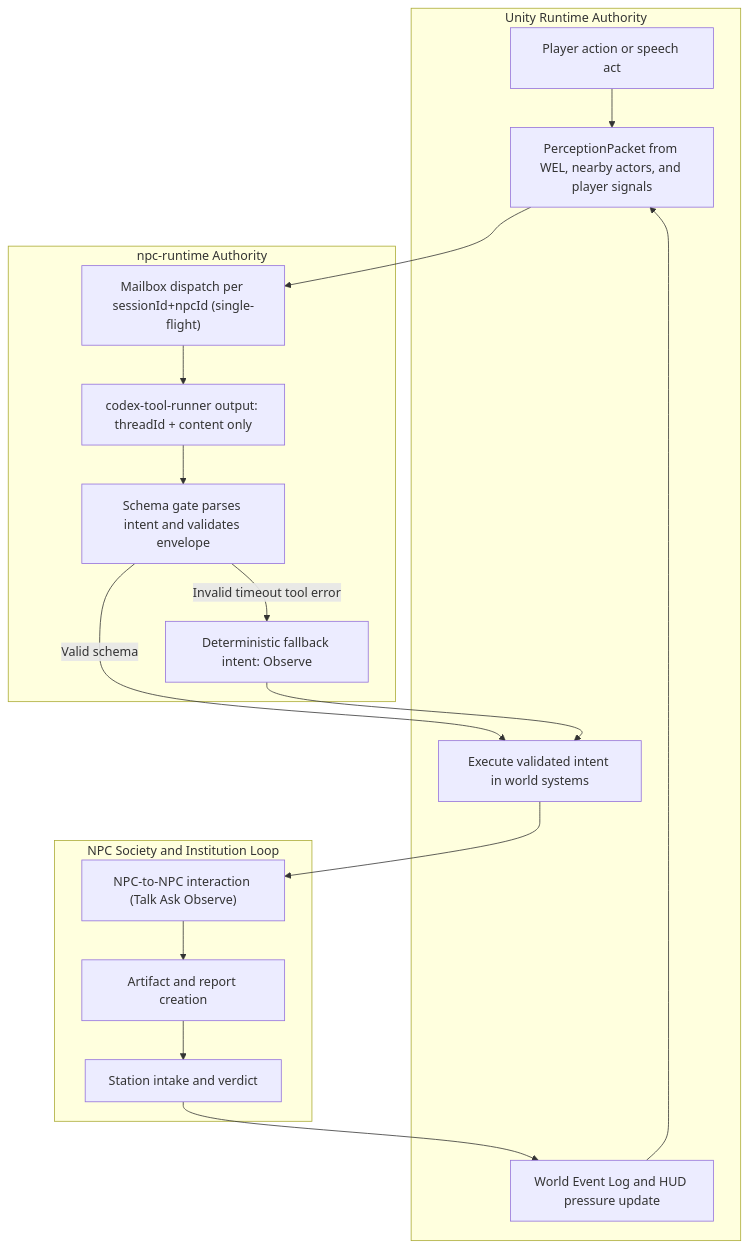
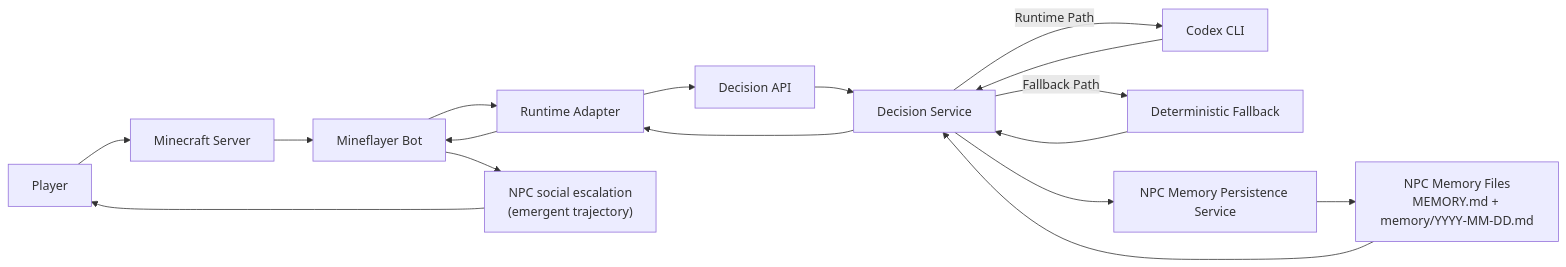
One commit to gigio1023/dream-of-one changed the first of 3 diagrams in README.md. Above: the diagram before and after it, drawn with Mermaid. The commit also changed other lines of this file and 21 other files, not shown here.

````diff
--- a/README.md
+++ b/README.md
@@ -29,27 +43,19 @@
 ```mermaid
-flowchart TD
-    subgraph U["Unity Runtime Authority"]
-        P["Player action or speech act"]
-        O["PerceptionPacket from WEL, nearby actors, and player signals"]
-        X["Execute validated intent in world systems"]
-        W["World Event Log and HUD pressure update"]
-    end
-
-    subgraph B["npc-runtime Authority"]
-        M["Mailbox dispatch per sessionId+npcId (single-flight)"]
-        R["codex-tool-runner output: threadId + content only"]
-        G["Schema gate parses intent and validates envelope"]
-        F["Deterministic fallback intent: Observe"]
-    end
-
-    subgraph S["NPC Society and Institution Loop"]
-        N1["NPC-to-NPC interaction (Talk Ask Observe)"]
-        N2["Artifact and report creation"]
-        N3["Station intake and verdict"]
-    end
-
-    P --> O --> M --> R --> G
-    G -->|Valid schema| X
-    G -->|Invalid timeout tool error| F --> X
-    X --> N1 --> N2 --> N3 --> W --> O
+flowchart LR
+  Player["Player"] --> McServer["Minecraft Server"]
+  McServer --> Bot["Mineflayer Bot"]
+  Bot --> Adapter["Runtime Adapter"]
+  Adapter --> API["Decision API"]
+  API --> Service["Decision Service"]
+  Service -->|Runtime Path| Codex["Codex CLI"]
+  Service -->|Fallback Path| Fallback["Deterministic Fallback"]
+  Codex --> Service
+  Fallback --> Service
+  Service --> MemoryWriter["NPC Memory Persistence Service"]
+  MemoryWriter --> MemoryFiles["NPC Memory Files\nMEMORY.md + memory/YYYY-MM-DD.md"]
+  MemoryFiles --> Service
+  Service --> Adapter
+  Adapter --> Bot
+  Bot --> Social["NPC social escalation\n(emergent trajectory)"]
+  Social --> Player
 ```
````
